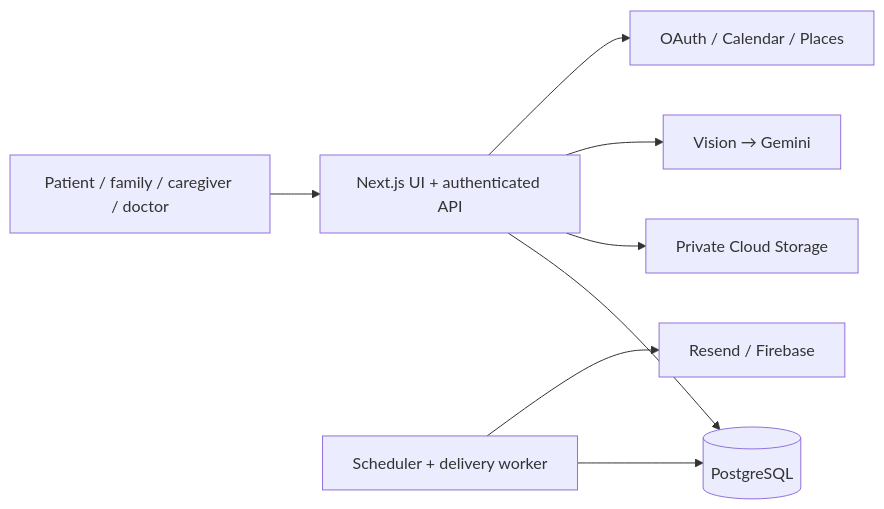
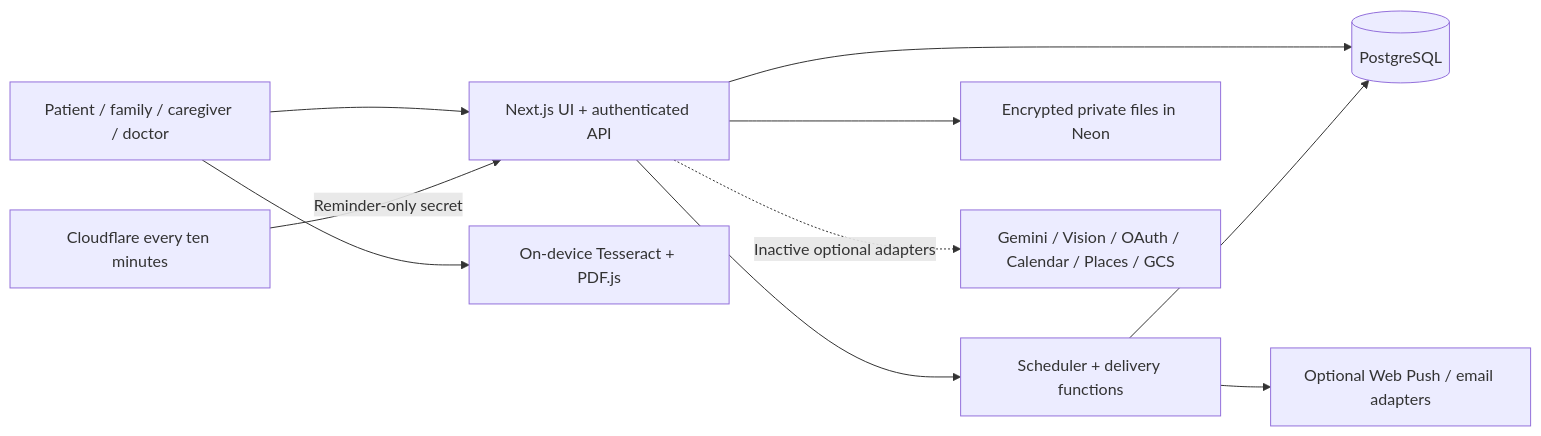
One commit to BANU-09/sahaaya changed the diagram in docs/ARCHITECTURE.md. Above: the diagram before and after it, drawn with Mermaid. The commit also changed other lines of this file and 44 other files, not shown here.

````diff
--- a/docs/ARCHITECTURE.md
+++ b/docs/ARCHITECTURE.md
@@ -5,10 +5,12 @@
 ```mermaid
 flowchart LR
   Browser[Patient / family / caregiver / doctor] --> Web[Next.js UI + authenticated API]
   Web --> DB[(PostgreSQL)]
-  Worker[Scheduler + delivery worker] --> DB
-  Worker --> Delivery[Resend / Firebase]
-  Web --> Storage[Private Cloud Storage]
-  Web --> OCR[Vision → Gemini]
-  Web --> Google[OAuth / Calendar / Places]
+  Cron[Cloudflare every ten minutes] -->|Reminder-only secret| Web
+  Web --> Worker[Scheduler + delivery functions]
+  Worker --> DB
+  Worker --> Delivery[Optional Web Push / email adapters]
+  Web --> Storage[Encrypted private files in Neon]
+  Browser --> OCR[On-device Tesseract + PDF.js]
+  Web -. Inactive optional adapters .-> Google[Gemini / Vision / OAuth / Calendar / Places / GCS]
 ```
````
